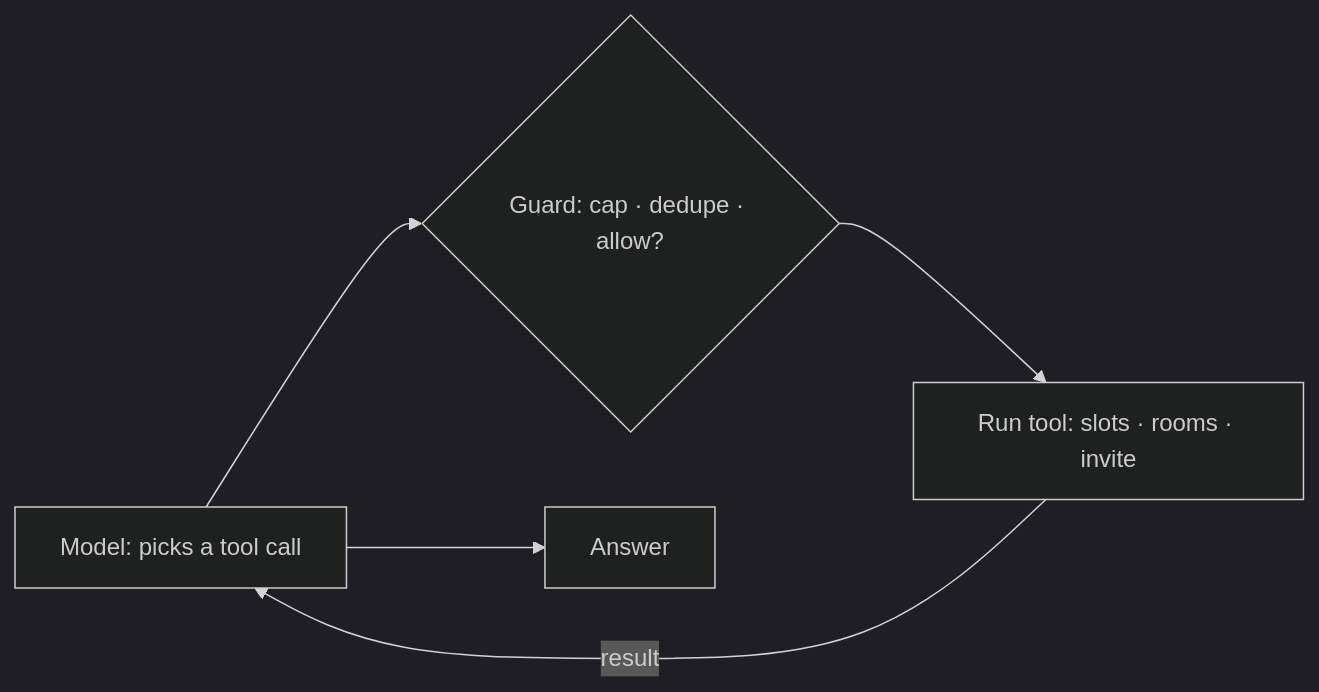
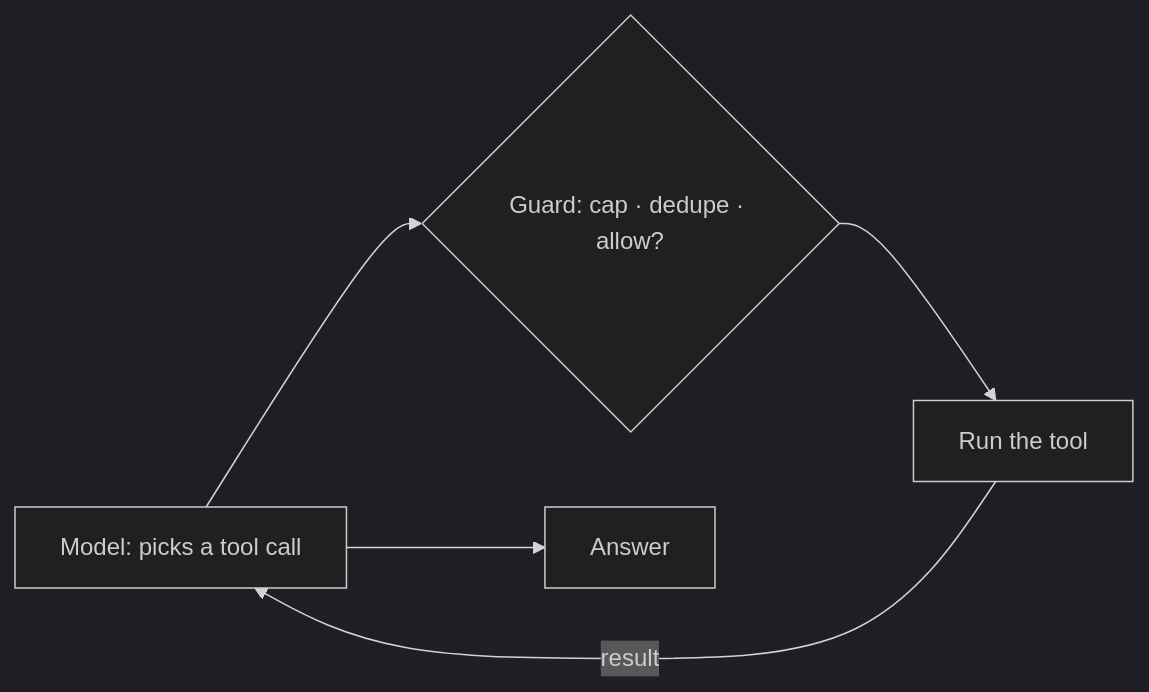
Before and after one commit to kk-engineer/robosathi: the first of 6 diagrams in content/en/docs/agentic_ai/agentic_design_patterns.md, drawn with Mermaid (dark theme). The commit also changed other lines of this file and 15 other files, not shown here.

````diff
--- a/content/en/docs/agentic_ai/agentic_design_patterns.md
+++ b/content/en/docs/agentic_ai/agentic_design_patterns.md
@@ -36,7 +40,7 @@
 ```mermaid
 graph LR
     M[Model: picks a tool call] --> G{"Guard: cap · dedupe · allow?"}
-    G --> T["Run tool: slots · rooms · invite"]
+    G --> T["Run the tool"]
     T -->|result| M
     M --> A[Answer]
 ```
````
